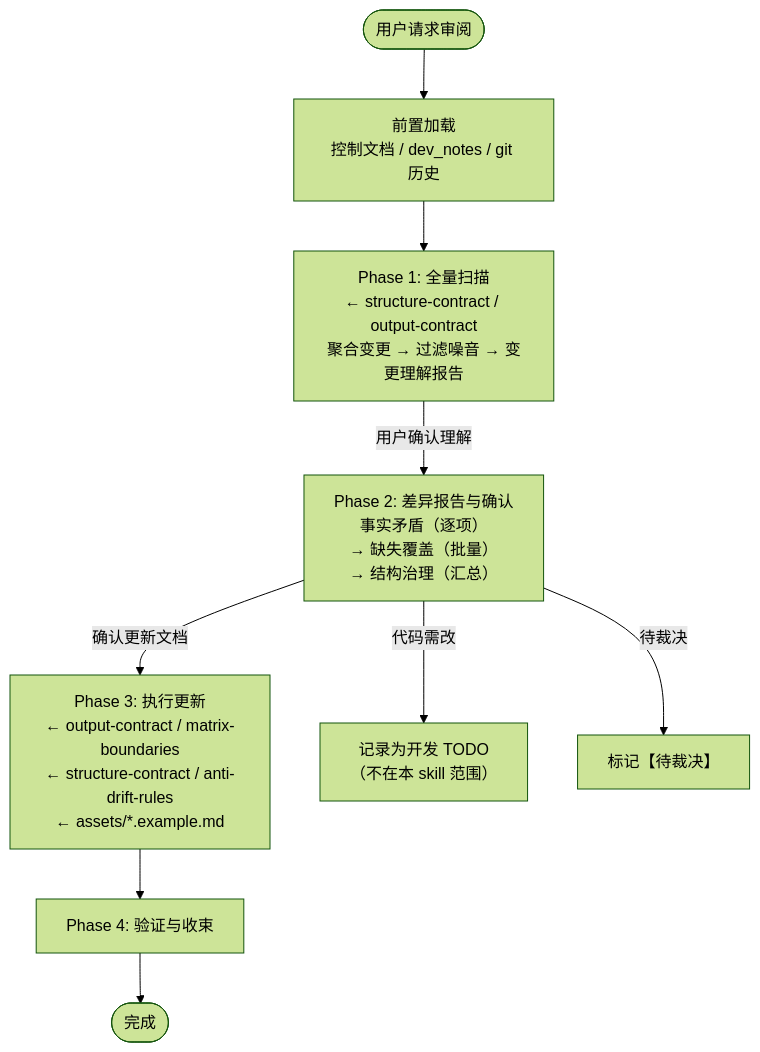
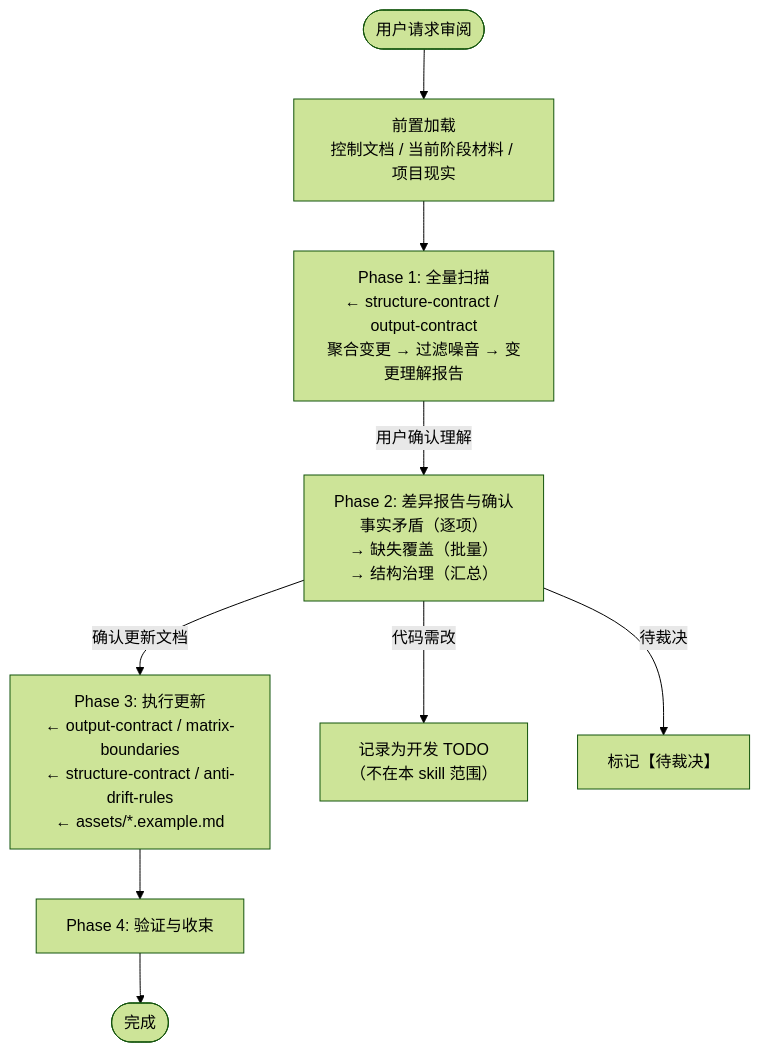
The diagram in skills-common/ry-docs-control/protocols/review-protocol.md (miracloon/my-ai-playbook), drawn with Mermaid (forest theme) before and after one commit. The commit also changed other lines of this file and 22 other files, not shown here.

````diff
--- a/skills-common/ry-docs-control/protocols/review-protocol.md
+++ b/skills-common/ry-docs-control/protocols/review-protocol.md
@@ -9,11 +9,11 @@
 ```mermaid
 flowchart TD
-    Start([用户请求审阅]) --> Pre["前置加载<br/>控制文档 / dev_notes / git 历史"]
+    Start([用户请求审阅]) --> Pre["前置加载<br/>控制文档 / 当前阶段材料 / 项目现实"]
     Pre --> P1["Phase 1: 全量扫描<br/>← structure-contract / output-contract<br/>聚合变更 → 过滤噪音 → 变更理解报告"]
     P1 -->|用户确认理解| P2["Phase 2: 差异报告与确认<br/>事实矛盾（逐项）<br/>→ 缺失覆盖（批量）<br/>→ 结构治理（汇总）"]
     P2 -->|确认更新文档| P3["Phase 3: 执行更新<br/>← output-contract / matrix-boundaries<br/>← structure-contract / anti-drift-rules<br/>← assets/*.example.md"]
     P2 -->|代码需改| TODO["记录为开发 TODO<br/>（不在本 skill 范围）"]
     P2 -->|待裁决| Hold["标记【待裁决】"]
     P3 --> P4["Phase 4: 验证与收束"]
     P4 --> Done([完成])
 ```
````
